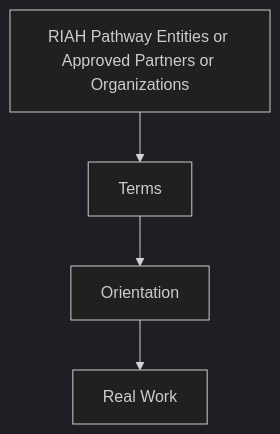
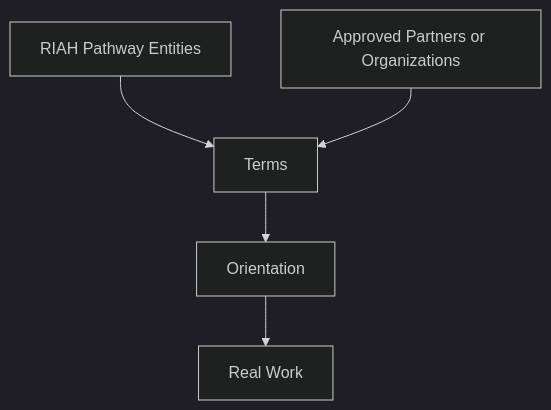
Before and after one commit to RIAHPathway/Website-Draft: diagram 13 of 18 in RIAH-PATHWAY-EXPERIENTIAL-STRUCTURE/EXPERIENTIAL-STRUCTURE.md, drawn with Mermaid (dark theme). The commit also changed other lines of this file, not shown here.

Commit message:
Simplify experiential Mermaid diagrams for GitHub rendering

````diff
--- a/RIAH-PATHWAY-EXPERIENTIAL-STRUCTURE/EXPERIENTIAL-STRUCTURE.md
+++ b/RIAH-PATHWAY-EXPERIENTIAL-STRUCTURE/EXPERIENTIAL-STRUCTURE.md
@@ -586,6 +586,7 @@
 ```mermaid
-flowchart TD
-    A["RIAH Pathway Entities or Approved Partners or Organizations"] --> B["Terms"]
-    B --> C["Orientation"]
-    C --> D["Real Work"]
+graph TD
+    A[RIAH Pathway Entities] --> B[Terms]
+    E[Approved Partners or Organizations] --> B
+    B --> C[Orientation]
+    C --> D[Real Work]
 ```
````
